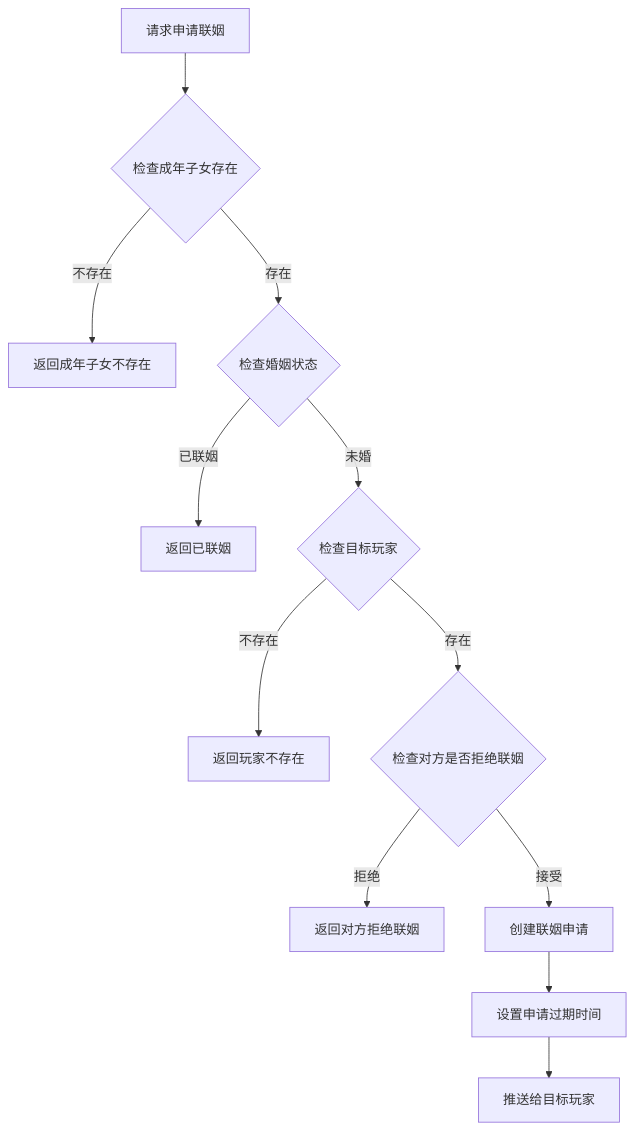
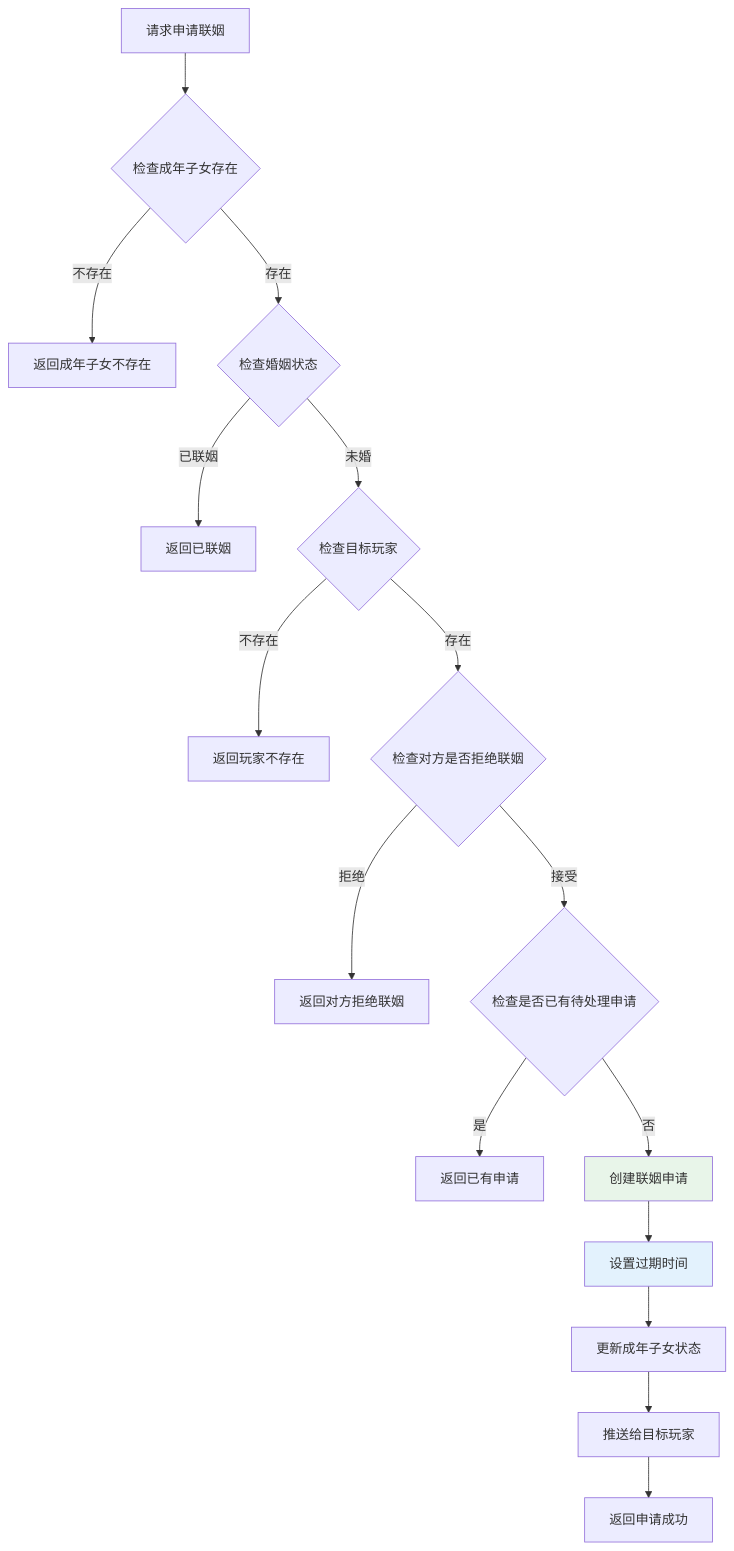
One commit to Alan-Ben/k2c_game_framework changed the fifth of 12 diagrams in docs/Module_Child/05_完整说明.md. Above: the diagram before and after it, drawn with Mermaid. The commit also changed other lines of this file and 7 other files, not shown here.

````diff
--- a/docs/Module_Child/05_完整说明.md
+++ b/docs/Module_Child/05_完整说明.md
@@ -166,14 +191,21 @@
 ```mermaid
 flowchart TD
     A[请求申请联姻] --> B{检查成年子女存在}
     B -->|不存在| C[返回成年子女不存在]
     B -->|存在| D{检查婚姻状态}
     D -->|已联姻| E[返回已联姻]
     D -->|未婚| F{检查目标玩家}
     F -->|不存在| G[返回玩家不存在]
     F -->|存在| H{检查对方是否拒绝联姻}
     H -->|拒绝| I[返回对方拒绝联姻]
-    H -->|接受| J[创建联姻申请]
-    J --> K[设置申请过期时间]
-    K --> L[推送给目标玩家]
+    H -->|接受| J{检查是否已有待处理申请}
+    J -->|是| K[返回已有申请]
+    J -->|否| L[创建联姻申请]
+    L --> M[设置过期时间]
+    M --> N[更新成年子女状态]
+    N --> O[推送给目标玩家]
+    O --> P[返回申请成功]
+
+    style L fill:#e8f5e9
+    style M fill:#e3f2fd
 ```
````
